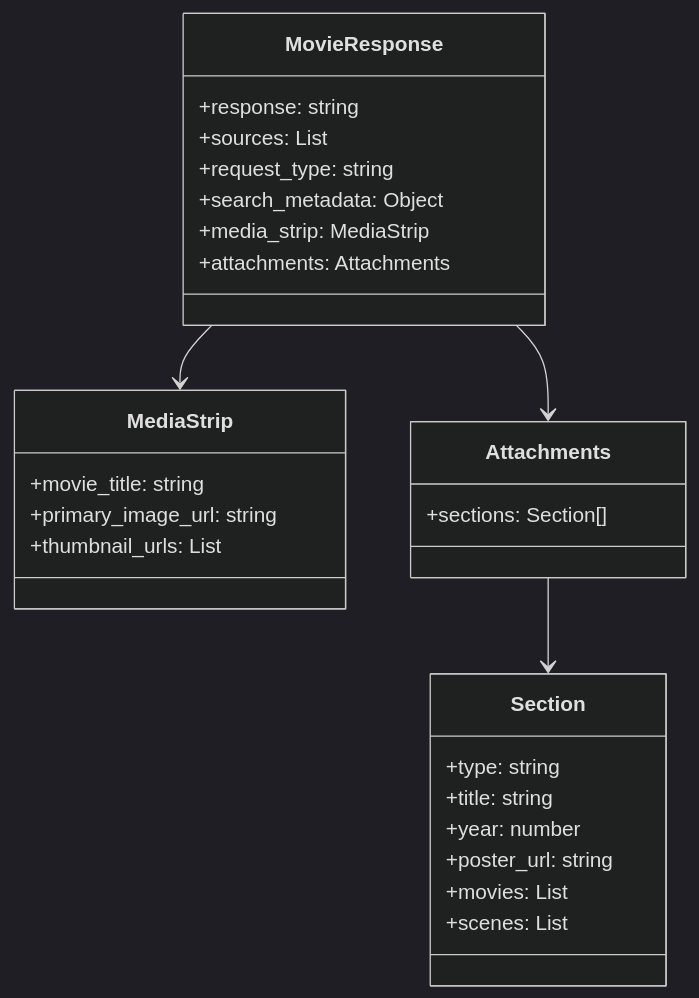
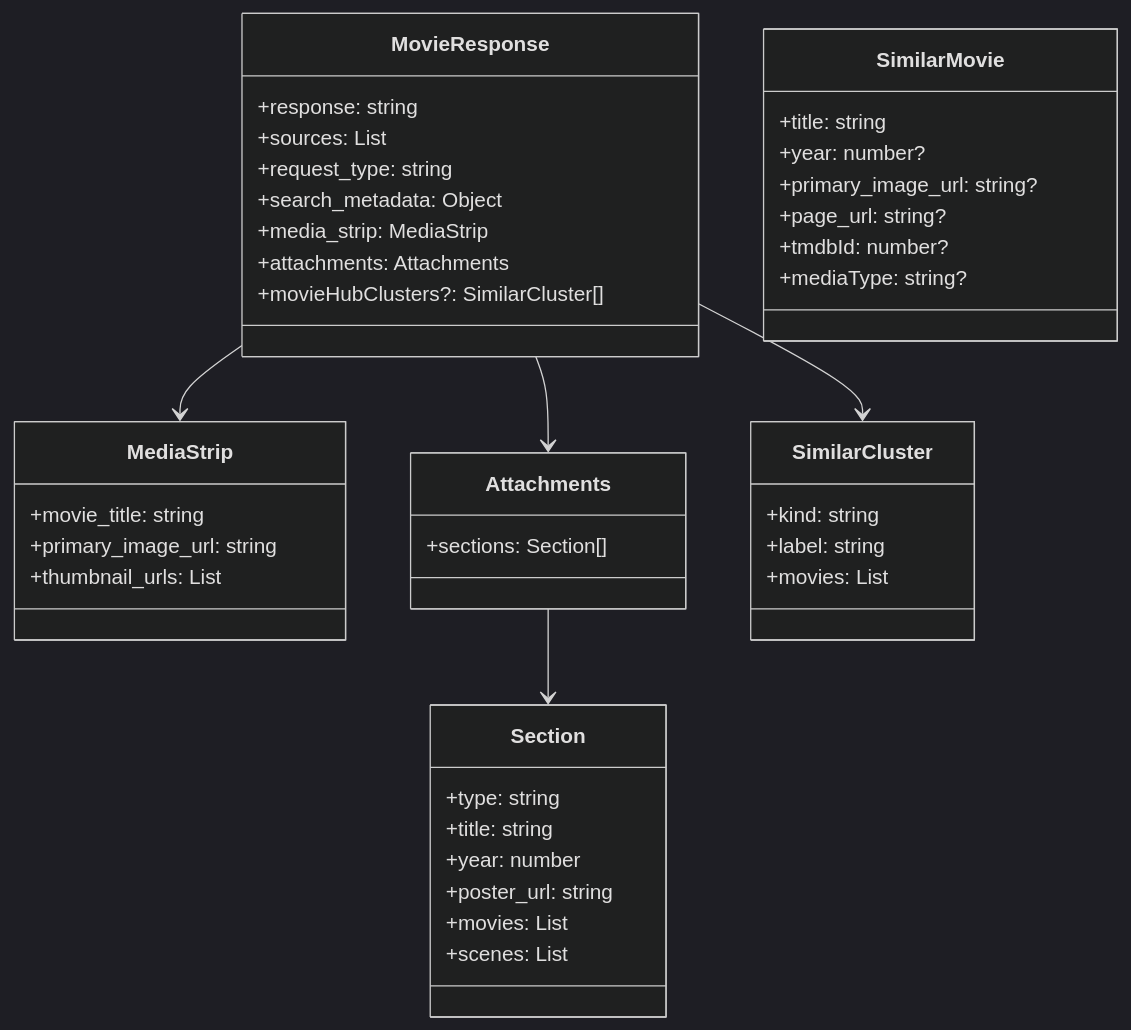
One commit to mayad123/movieAgent changed diagram 12 of 12 in docs/features/web/WEB_FRONTEND.md. Above: the diagram before and after it, drawn with Mermaid (dark theme). The commit also changed other lines of this file and 128 other files, not shown here.

````diff
--- a/docs/features/web/WEB_FRONTEND.md
+++ b/docs/features/web/WEB_FRONTEND.md
@@ -396,34 +487,51 @@
 ```mermaid
 classDiagram
     class MovieResponse {
         +response: string
         +sources: List
         +request_type: string
         +search_metadata: Object
         +media_strip: MediaStrip
         +attachments: Attachments
+        +movieHubClusters?: SimilarCluster[]
     }
 
     class MediaStrip {
         +movie_title: string
         +primary_image_url: string
         +thumbnail_urls: List
     }
 
     class Attachments {
         +sections: Section[]
+    }
+
+    class SimilarCluster {
+        +kind: string
+        +label: string
+        +movies: List<SimilarMovie>
+    }
+
+    class SimilarMovie {
+        +title: string
+        +year: number?
+        +primary_image_url: string?
+        +page_url: string?
+        +tmdbId: number?
+        +mediaType: string?
     }
 
     class Section {
         +type: string
         +title: string
         +year: number
         +poster_url: string
         +movies: List
         +scenes: List
     }
 
     MovieResponse --> MediaStrip
     MovieResponse --> Attachments
+    MovieResponse --> SimilarCluster
     Attachments --> Section
 ```
````
